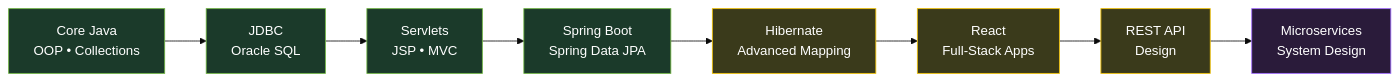
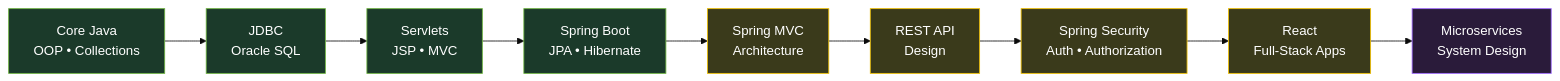
Before and after one commit to adarshgadekar58/adarshgadekar58: the fourth of 4 diagrams in README.md, drawn with Mermaid (base theme). The commit also changed other lines of this file, not shown here.

````diff
--- a/README.md
+++ b/README.md
@@ -241,14 +266,15 @@
 ```mermaid
 flowchart LR
     A[Core Java<br/>OOP • Collections]:::done --> B[JDBC<br/>Oracle SQL]:::done
     B --> C[Servlets<br/>JSP • MVC]:::done
-    C --> D[Spring Boot<br/>Spring Data JPA]:::done
-    D --> E[Hibernate<br/>Advanced Mapping]:::doing
-    E --> F[React<br/>Full-Stack Apps]:::doing
-    F --> G[REST API<br/>Design]:::doing
-    G --> H[Microservices<br/>System Design]:::next
+    C --> D[Spring Boot<br/>JPA • Hibernate]:::done
+    D --> E[Spring MVC<br/>Architecture]:::doing
+    E --> F[REST API<br/>Design]:::doing
+    F --> G[Spring Security<br/>Auth • Authorization]:::doing
+    G --> H[React<br/>Full-Stack Apps]:::doing
+    H --> I[Microservices<br/>System Design]:::next
 
     classDef done  fill:#1b3a2a,stroke:#6db33f,color:#fff;
     classDef doing fill:#3a3a1b,stroke:#f0c000,color:#fff;
     classDef next  fill:#2a1b3a,stroke:#a06bff,color:#fff;
 ```
````
